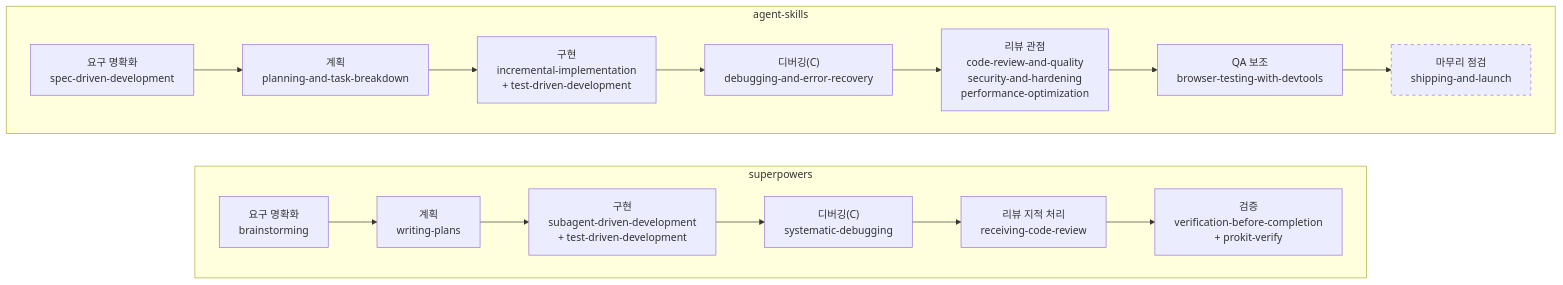
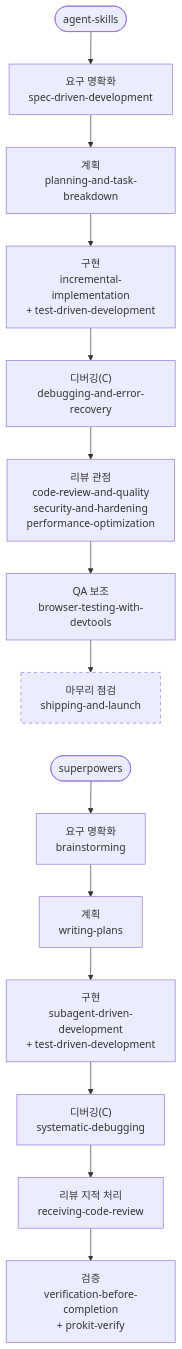
Before and after one commit to roadkwon-ai/pro-kit: the fourth of 12 diagrams in handbook/skills/brain-flow.md, drawn with Mermaid. The commit also changed other lines of this file and 50 other files, not shown here.

````diff
--- a/handbook/skills/brain-flow.md
+++ b/handbook/skills/brain-flow.md
@@ -128,26 +134,25 @@
 ```mermaid
 ---
 config:
   flowchart:
-    wrappingWidth: 280
+    wrappingWidth: 200
 ---
 flowchart TB
-  subgraph AS["agent-skills"]
-    AS1["요구 명확화<br/>spec-driven-development"] --> AS2["계획<br/>planning-and-task-breakdown"]
-    AS2 --> AS3["구현<br/>incremental-implementation<br/>+ test-driven-development"]
-    AS3 --> AS4["디버깅(C)<br/>debugging-and-error-recovery"]
-    AS4 --> AS5["리뷰 관점<br/>code-review-and-quality<br/>security-and-hardening<br/>performance-optimization"]
-    AS5 --> AS6["QA 보조<br/>browser-testing-with-devtools"]
-    AS6 --> AS7["마무리 점검<br/>shipping-and-launch"]
-  end
-  subgraph SP["superpowers"]
-    SP1["요구 명확화<br/>brainstorming"] --> SP2["계획<br/>writing-plans"]
-    SP2 --> SP3["구현<br/>subagent-driven-development<br/>+ test-driven-development"]
-    SP3 --> SP4["디버깅(C)<br/>systematic-debugging"]
-    SP4 --> SP5["리뷰 지적 처리<br/>receiving-code-review"]
-    SP5 --> SP6["검증<br/>verification-before-completion<br/>+ prokit-verify"]
-  end
-  AS ~~~ SP
+  accTitle: agent-skills와 superpowers
+  accDescr: agent-skills는 요구 명확화부터 마무리 점검까지, superpowers는 요구 명확화부터 검증까지 단계마다 쓰는 스킬을 보여 줘요. 점선 단계는 필요할 때만 해요.
+  AS0(["agent-skills"]) --> AS1
+  AS1["요구 명확화<br/>spec-driven-development"] --> AS2["계획<br/>planning-and-task-breakdown"]
+  AS2 --> AS3["구현<br/>incremental-implementation<br/>+ test-driven-development"]
+  AS3 --> AS4["디버깅(C)<br/>debugging-and-error-recovery"]
+  AS4 --> AS5["리뷰 관점<br/>code-review-and-quality<br/>security-and-hardening<br/>performance-optimization"]
+  AS5 --> AS6["QA 보조<br/>browser-testing-with-devtools"]
+  AS6 --> AS7["마무리 점검<br/>shipping-and-launch"]
+  AS7 ~~~ SP0(["superpowers"])
+  SP0 --> SP1["요구 명확화<br/>brainstorming"] --> SP2["계획<br/>writing-plans"]
+  SP2 --> SP3["구현<br/>subagent-driven-development<br/>+ test-driven-development"]
+  SP3 --> SP4["디버깅(C)<br/>systematic-debugging"]
+  SP4 --> SP5["리뷰 지적 처리<br/>receiving-code-review"]
+  SP5 --> SP6["검증<br/>verification-before-completion<br/>+ prokit-verify"]
   classDef opt stroke-dasharray: 5 5
   class AS7 opt
 ```
````
